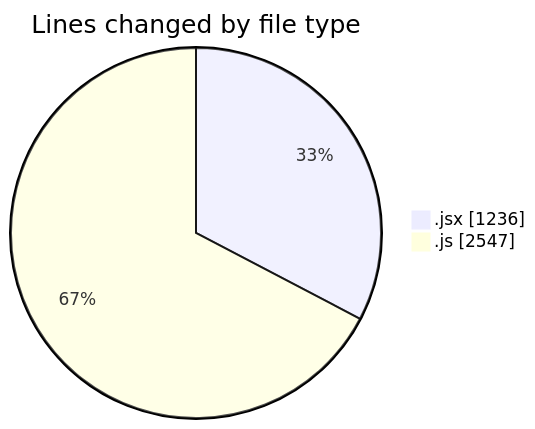
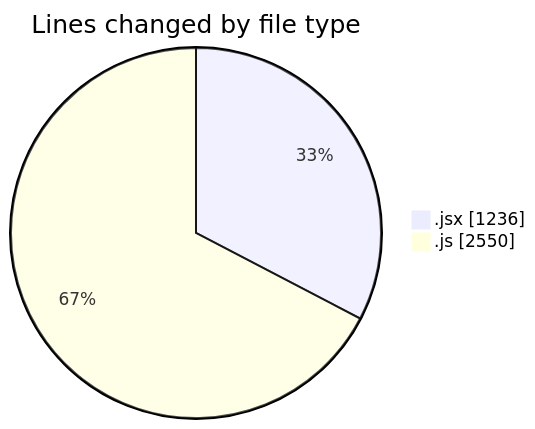
The first of 2 diagrams in 2025-07-25/nxtqube_webapp/README.md (nxtqubesakshisongat/code-tracking), drawn with Mermaid before and after one commit. The commit also changed other lines of this file and 1 other file, not shown here.

````diff
--- a/2025-07-25/nxtqube_webapp/README.md
+++ b/2025-07-25/nxtqube_webapp/README.md
@@ -33,6 +33,6 @@
 ```mermaid
 pie showData
 title Lines changed by file type
 ".jsx" : 1236
-".js" : 2547
+".js" : 2550
 ```
````
